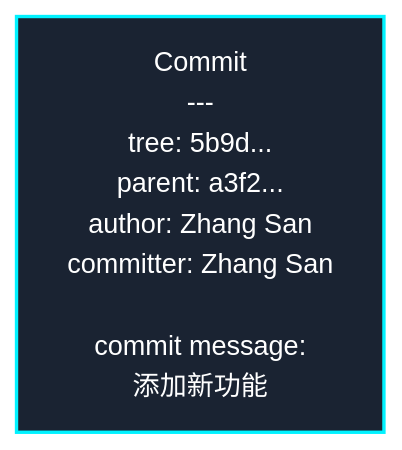
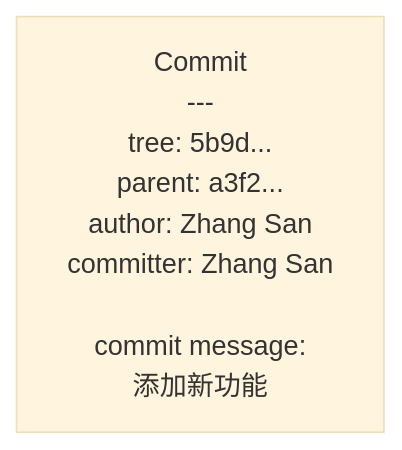
One commit to The-time-forever/The-time-forever.github.io changed the fifth of 23 diagrams in _posts/2026-03-02-git完全指南.md. Above: the diagram before and after it, drawn with Mermaid (base theme). The commit also changed other lines of this file, not shown here.

Commit message:
移除 Git 完全指南中 mermaid 图表的样式设置，简化代码

````diff
--- a/_posts/2026-03-02-git完全指南.md
+++ b/_posts/2026-03-02-git完全指南.md
@@ -80,6 +72,4 @@
 ```mermaid
 graph TD
     Commit["Commit<br/>---<br/>tree: 5b9d...<br/>parent: a3f2...<br/>author: Zhang San<br/>committer: Zhang San<br/> <br/>commit message:<br/>添加新功能"]
-
-    style Commit fill:#1a2332,stroke:#00f2ff,stroke-width:2px,color:#fff
 ```
````
